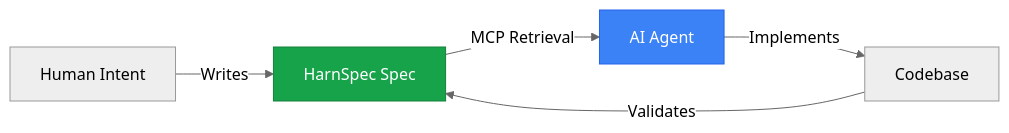
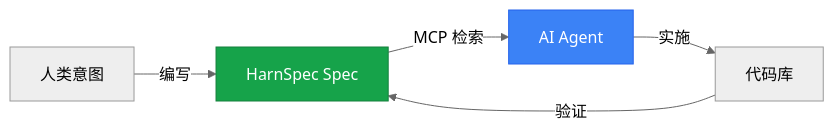
One commit to harnspec/harnspec changed the diagram in docs-site/docs/advanced/ai-agent-memory.mdx. Above: the diagram before and after it, drawn with Mermaid (neutral theme). The commit also changed other lines of this file and 148 other files, not shown here.

````diff
--- a/docs-site/docs/advanced/ai-agent-memory.mdx
+++ b/docs-site/docs/advanced/ai-agent-memory.mdx
@@ -110,10 +110,10 @@
 ```mermaid
 flowchart LR
-    Human[Human Intent] -->|Writes| Spec[HarnSpec Spec]
-    Spec -->|MCP Retrieval| AI[AI Agent]
-    AI -->|Implements| Code[Codebase]
-    Code -->|Validates| Spec
+    Human[人类意图] -->|编写| Spec[HarnSpec Spec]
+    Spec -->|MCP 检索| AI[AI Agent]
+    AI -->|实施| Code[代码库]
+    Code -->|验证| Spec
     
     style Spec fill:#16a34a,stroke:#15803d,color:#fff
     style AI fill:#3b82f6,stroke:#2563eb,color:#fff
 ```
````
